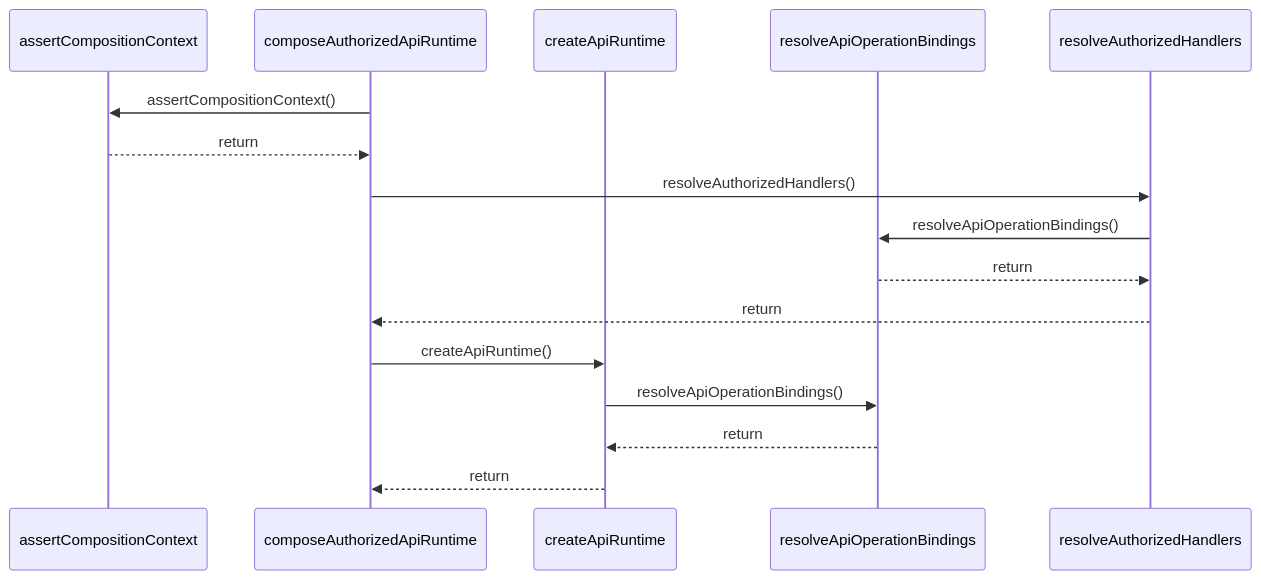
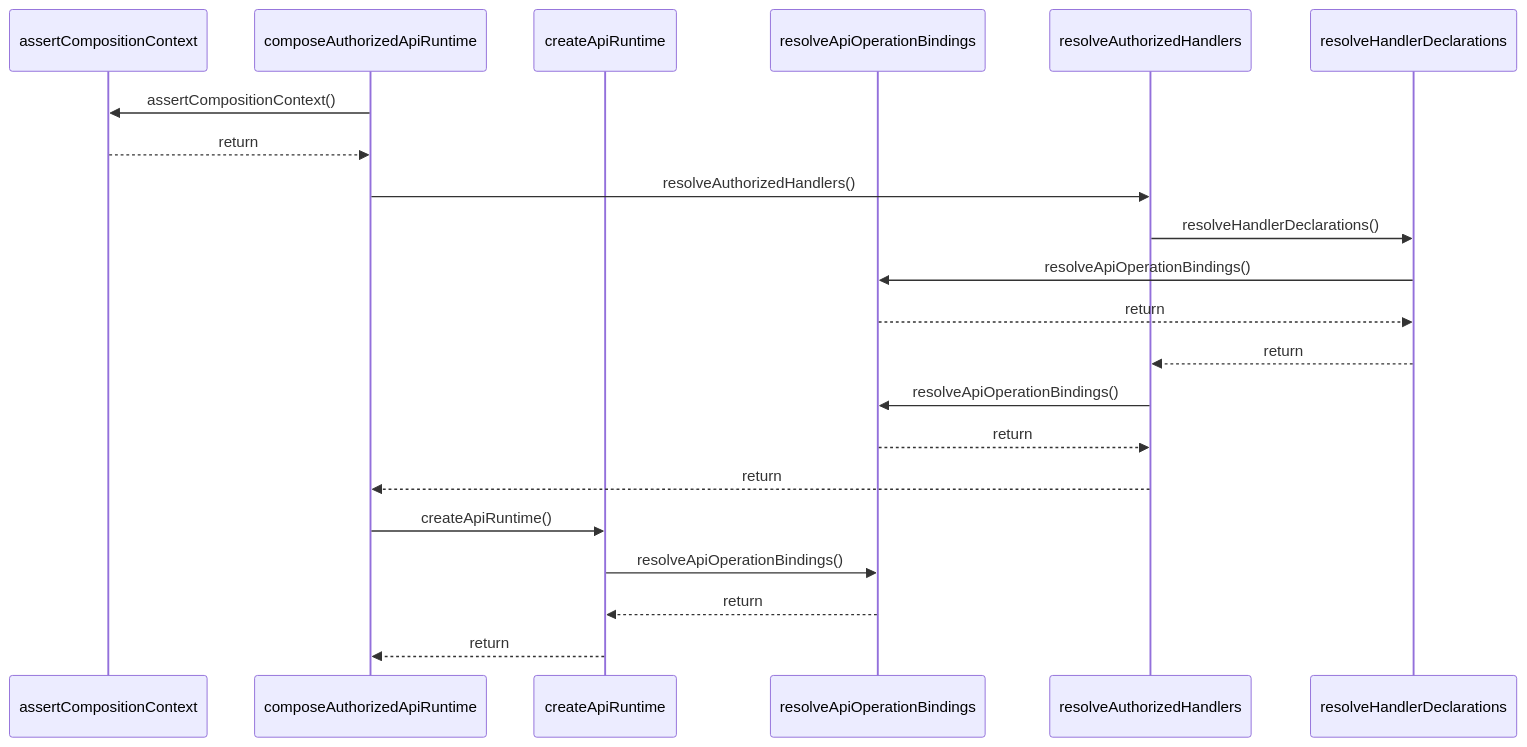
One commit to ankhorage/api changed the diagram in paradox/diagrams/sequences/compose-authorized-api-runtime.mmd. Above: the diagram before and after it, drawn with Mermaid. The commit also changed 12 other files, not shown here.

```diff
--- a/paradox/diagrams/sequences/compose-authorized-api-runtime.mmd
+++ b/paradox/diagrams/sequences/compose-authorized-api-runtime.mmd
@@ -1,16 +1,21 @@
 sequenceDiagram
   participant participant_assertCompositionContext as assertCompositionContext
   participant participant_composeAuthorizedApiRuntime as composeAuthorizedApiRuntime
   participant participant_createApiRuntime as createApiRuntime
   participant participant_resolveApiOperationBindings as resolveApiOperationBindings
   participant participant_resolveAuthorizedHandlers as resolveAuthorizedHandlers
+  participant participant_resolveHandlerDeclarations as resolveHandlerDeclarations
   participant_composeAuthorizedApiRuntime->>participant_assertCompositionContext: assertCompositionContext()
   participant_assertCompositionContext-->>participant_composeAuthorizedApiRuntime: return
   participant_composeAuthorizedApiRuntime->>participant_resolveAuthorizedHandlers: resolveAuthorizedHandlers()
+  participant_resolveAuthorizedHandlers->>participant_resolveHandlerDeclarations: resolveHandlerDeclarations()
+  participant_resolveHandlerDeclarations->>participant_resolveApiOperationBindings: resolveApiOperationBindings()
+  participant_resolveApiOperationBindings-->>participant_resolveHandlerDeclarations: return
+  participant_resolveHandlerDeclarations-->>participant_resolveAuthorizedHandlers: return
   participant_resolveAuthorizedHandlers->>participant_resolveApiOperationBindings: resolveApiOperationBindings()
   participant_resolveApiOperationBindings-->>participant_resolveAuthorizedHandlers: return
   participant_resolveAuthorizedHandlers-->>participant_composeAuthorizedApiRuntime: return
   participant_composeAuthorizedApiRuntime->>participant_createApiRuntime: createApiRuntime()
   participant_createApiRuntime->>participant_resolveApiOperationBindings: resolveApiOperationBindings()
   participant_resolveApiOperationBindings-->>participant_createApiRuntime: return
   participant_createApiRuntime-->>participant_composeAuthorizedApiRuntime: return
```
